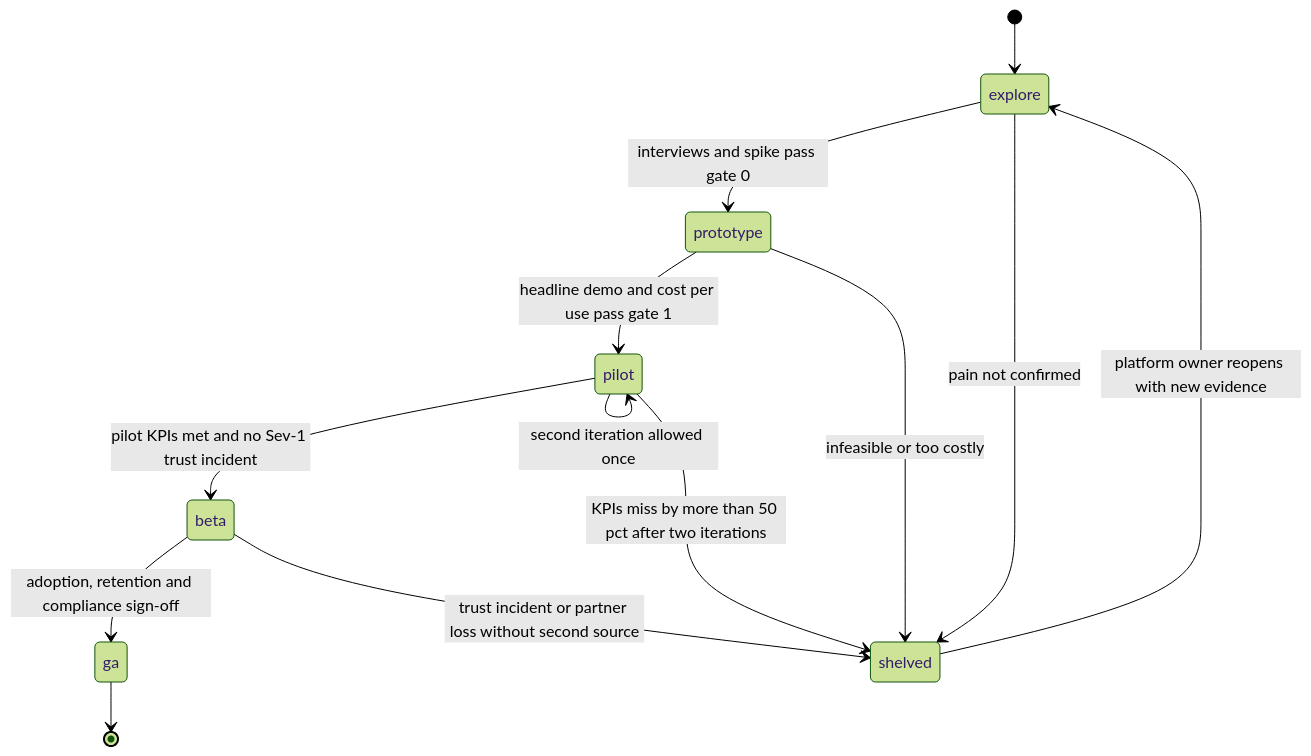
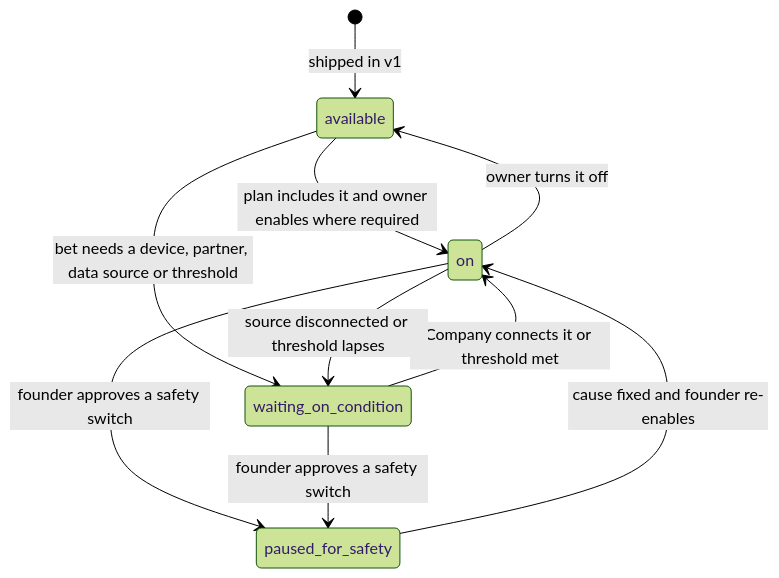
Before and after one commit to jdinard/landscape: diagram 12 of 16 in docs/23-innovation-moonshots.md, drawn with Mermaid (forest theme). The commit also changed other lines of this file and 12 other files, not shown here.

First line of the commit message:
One release, in progress: docs 15-18 rewritten; residue fixed in plan and route data

````diff
--- a/docs/23-innovation-moonshots.md
+++ b/docs/23-innovation-moonshots.md
@@ -1594,15 +1598,12 @@
 ```mermaid
 stateDiagram-v2
-    [*] --> explore
-    explore --> prototype: interviews and spike pass gate 0
-    prototype --> pilot: headline demo and cost per use pass gate 1
-    pilot --> beta: pilot KPIs met and no Sev-1 trust incident
-    beta --> ga: adoption, retention and compliance sign-off
-    pilot --> pilot: second iteration allowed once
-    explore --> shelved: pain not confirmed
-    prototype --> shelved: infeasible or too costly
-    pilot --> shelved: KPIs miss by more than 50 pct after two iterations
-    beta --> shelved: trust incident or partner loss without second source
-    shelved --> explore: platform owner reopens with new evidence
-    ga --> [*]
+    [*] --> available: shipped in v1
+    available --> on: plan includes it and owner enables where required
+    available --> waiting_on_condition: bet needs a device, partner, data source or threshold
+    waiting_on_condition --> on: Company connects it or threshold met
+    on --> waiting_on_condition: source disconnected or threshold lapses
+    on --> available: owner turns it off
+    on --> paused_for_safety: founder approves a safety switch
+    waiting_on_condition --> paused_for_safety: founder approves a safety switch
+    paused_for_safety --> on: cause fixed and founder re-enables
 ```
````
